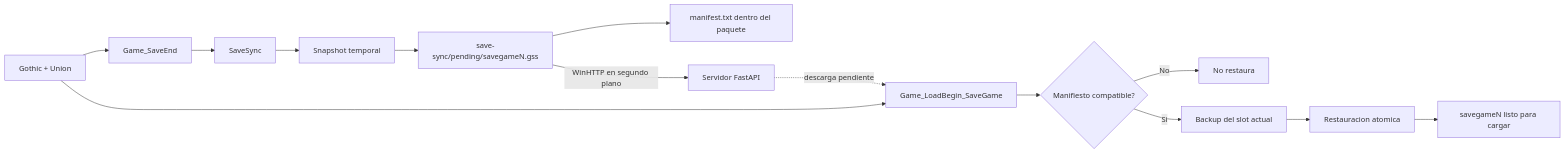
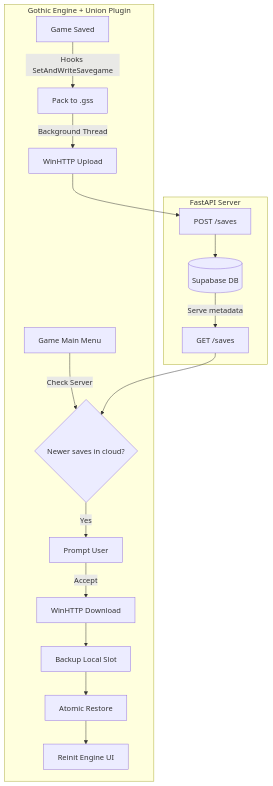
Before and after one commit to Andressance/gothic_game_sync: the diagram in README.md, drawn with Mermaid. The commit also changed other lines of this file and 6 other files, not shown here.

Commit message:
Release v1.0: Cloud sync, UI fixes, and server-side deduplication

````diff
--- a/README.md
+++ b/README.md
@@ -62,18 +18,21 @@
 ```mermaid
-flowchart LR
-    G[Gothic + Union] --> E[Game_SaveEnd]
-    E --> S[SaveSync]
-    S --> T[Snapshot temporal]
-    T --> P[save-sync/pending/savegameN.gss]
-    P --> M[manifest.txt dentro del paquete]
+flowchart TD
+    subgraph Client [Gothic Engine + Union Plugin]
+        S[Game Saved] -->|Hooks SetAndWriteSavegame| P[Pack to .gss]
+        P -->|Background Thread| U[WinHTTP Upload]
+        
+        M[Game Main Menu] -->|Check Server| C{Newer saves in cloud?}
+        C -- Yes --> D[Prompt User]
+        D -- Accept --> DL[WinHTTP Download]
+        DL --> B[Backup Local Slot]
+        B --> R[Atomic Restore]
+        R --> I[Reinit Engine UI]
+    end
 
-    G --> L[Game_LoadBegin_SaveGame]
-    L --> V{Manifiesto compatible?}
-    V -- No --> X[No restaura]
-    V -- Si --> B[Backup del slot actual]
-    B --> R[Restauracion atomica]
-    R --> C[savegameN listo para cargar]
-
-    P -->|WinHTTP en segundo plano| A[Servidor FastAPI]
-    A -. descarga pendiente .-> L
+    subgraph Backend [FastAPI Server]
+        U --> API[POST /saves]
+        API --> DB[(Supabase DB)]
+        DB -->|Serve metadata| GET[GET /saves]
+        GET --> C
+    end
 ```
````
